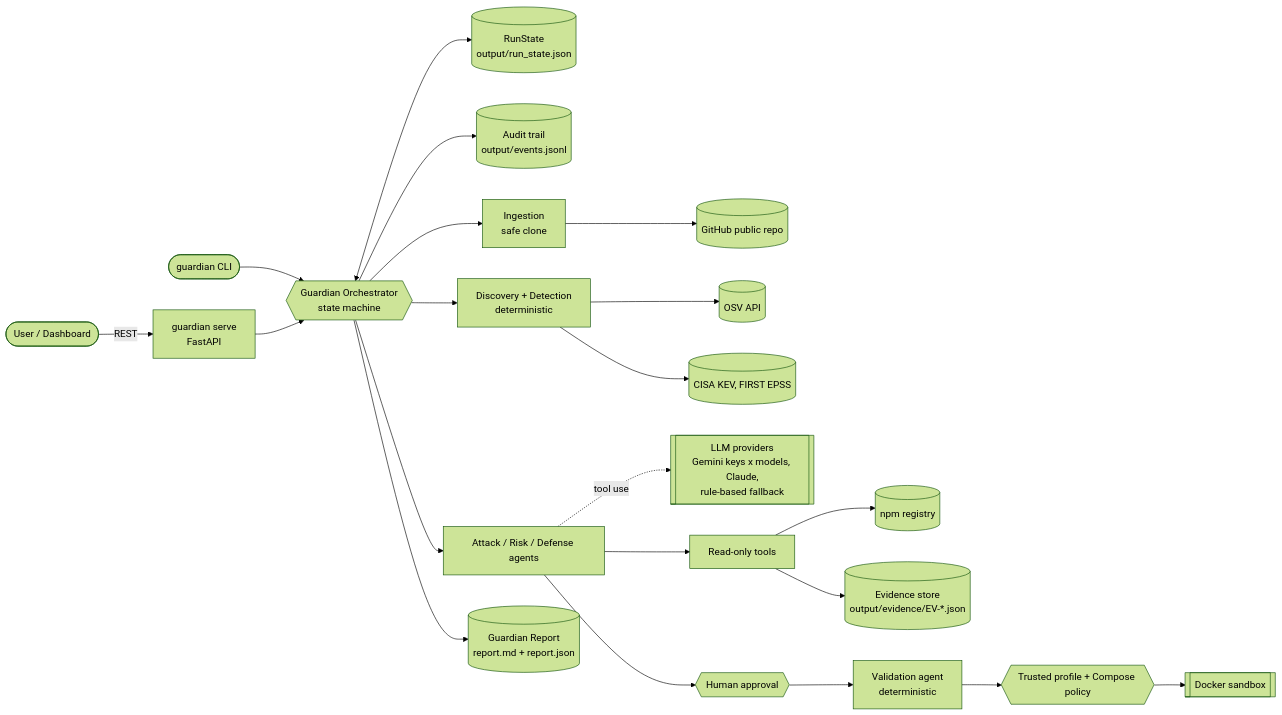
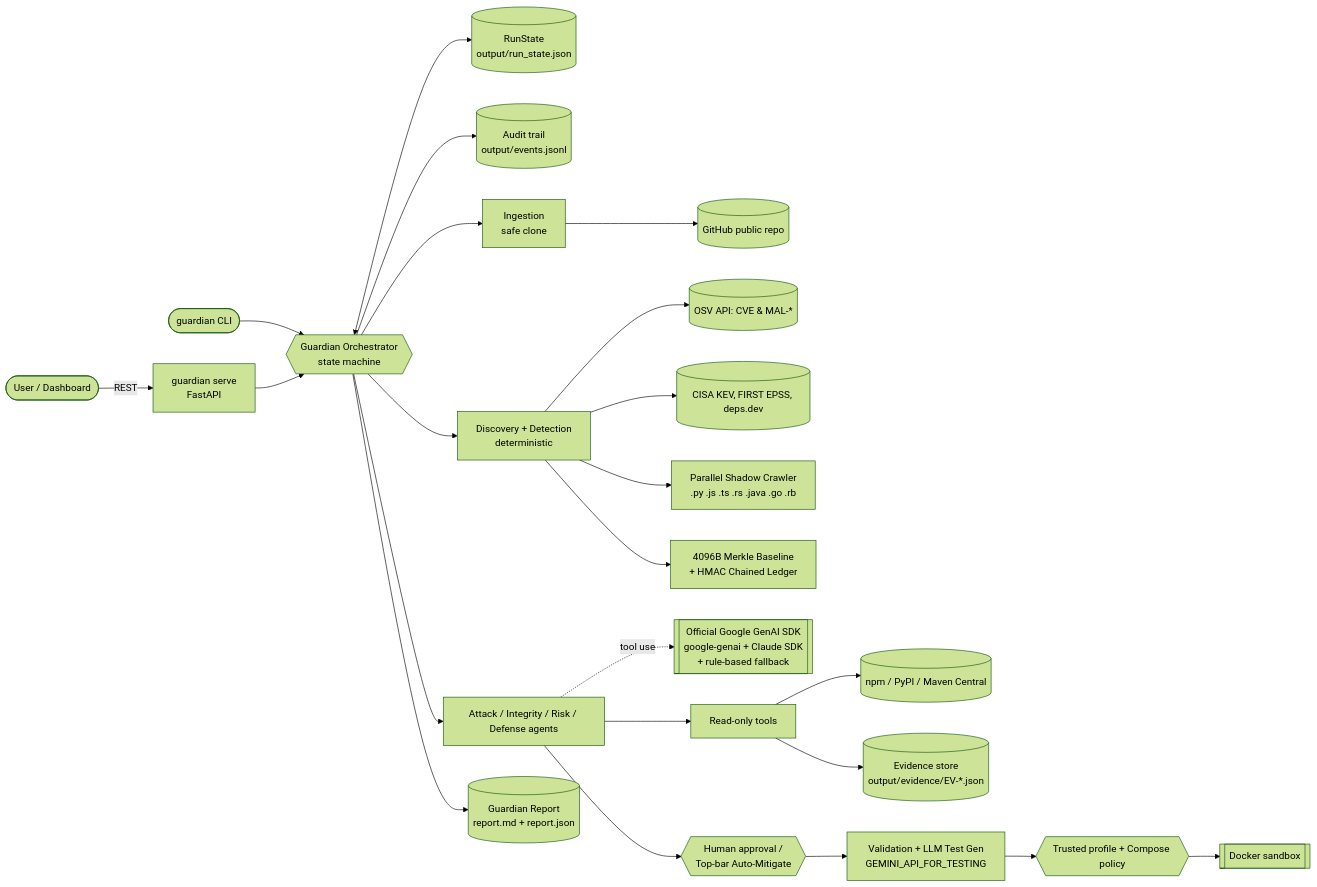
The first of 6 diagrams in docs/architecture.md (Neha-Jacob-8/supply-chain-guardian), drawn with Mermaid (forest theme) before and after one commit. The commit also changed 5 other files, not shown here.

Commit message:
feat: switch Gemini backend to official google-genai SDK and add visual dataflow, equations, and presentation deck

````diff
--- a/docs/architecture.md
+++ b/docs/architecture.md
@@ -11,23 +11,25 @@
 ```mermaid
 flowchart LR
   User([User / Dashboard]) -->|REST| API[guardian serve<br/>FastAPI]
   CLI([guardian CLI]) --> ORCH
   API --> ORCH{{Guardian Orchestrator<br/>state machine}}
   ORCH <--> STATE[(RunState<br/>output/run_state.json)]
   ORCH --> AUDIT[(Audit trail<br/>output/events.jsonl)]
   ORCH --> ING[Ingestion<br/>safe clone]
   ING --> GH[(GitHub public repo)]
   ORCH --> DISC[Discovery + Detection<br/>deterministic]
-  DISC --> OSV[(OSV API)]
-  DISC --> INTEL[(CISA KEV, FIRST EPSS)]
-  ORCH --> AGENTS[Attack / Risk / Defense agents]
-  AGENTS -.->|tool use| LLM[[LLM providers<br/>Gemini keys x models, Claude,<br/>rule-based fallback]]
+  DISC --> OSV[(OSV API: CVE & MAL-*)]
+  DISC --> INTEL[(CISA KEV, FIRST EPSS, deps.dev)]
+  DISC --> CRAWL[Parallel Shadow Crawler<br/>.py .js .ts .rs .java .go .rb]
+  DISC --> MERKLE[4096B Merkle Baseline<br/>+ HMAC Chained Ledger]
+  ORCH --> AGENTS[Attack / Integrity / Risk / Defense agents]
+  AGENTS -.->|tool use| LLM[[Official Google GenAI SDK<br/>google-genai + Claude SDK<br/>+ rule-based fallback]]
   AGENTS --> TOOLS[Read-only tools]
-  TOOLS --> REG[(npm registry)]
+  TOOLS --> REG[(npm / PyPI / Maven Central)]
   TOOLS --> EVID[(Evidence store<br/>output/evidence/EV-*.json)]
-  AGENTS --> GATE{{Human approval}}
-  GATE --> VAL[Validation agent<br/>deterministic]
+  AGENTS --> GATE{{Human approval /<br/>Top-bar Auto-Mitigate}}
+  GATE --> VAL[Validation + LLM Test Gen<br/>GEMINI_API_FOR_TESTING]
   VAL --> POLICY{{Trusted profile + Compose policy}}
   POLICY --> DOCKER[[Docker sandbox]]
   ORCH --> REP[(Guardian Report<br/>report.md + report.json)]
 ```
````
